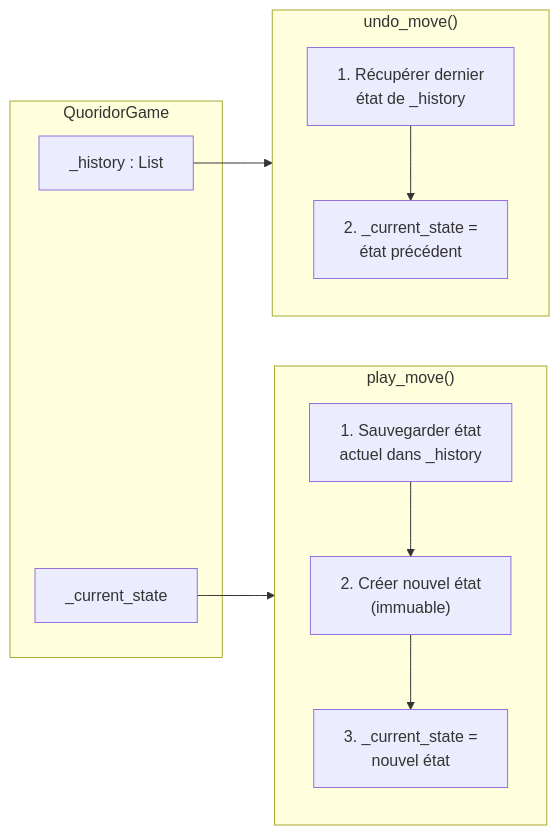
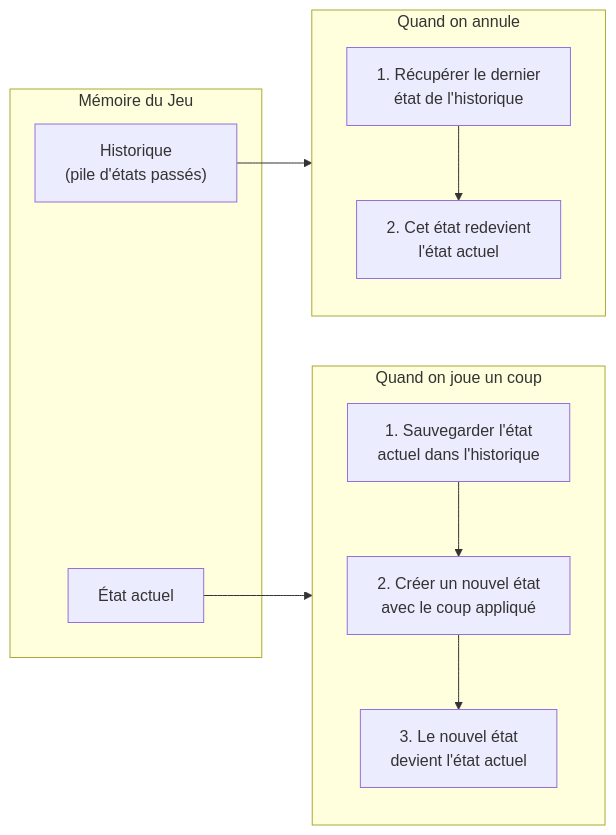
Before and after one commit to Silou1/Projet_mecatronique_I3: the second of 5 diagrams in flowcharts/04_plateau.md, drawn with Mermaid. The commit also changed other lines of this file and 3 other files, not shown here.

Commit message:
docs: simplify flowcharts with plain-language descriptions

````diff
--- a/flowcharts/04_plateau.md
+++ b/flowcharts/04_plateau.md
@@ -45,25 +49,25 @@
 ```mermaid
 flowchart LR
-    subgraph "QuoridorGame"
-        HISTORY["_history : List"]
-        CURRENT["_current_state"]
+    subgraph "Mémoire du Jeu"
+        HISTORY["Historique<br/>(pile d'états passés)"]
+        CURRENT["État actuel"]
     end
 
-    subgraph "play_move()"
+    subgraph "Quand on joue un coup"
         direction TB
-        SAVE["1. Sauvegarder état<br/>actuel dans _history"]
-        PLAY["2. Créer nouvel état<br/>(immuable)"]
-        UPDATE["3. _current_state =<br/>nouvel état"]
+        SAVE["1. Sauvegarder l'état<br/>actuel dans l'historique"]
+        PLAY["2. Créer un nouvel état<br/>avec le coup appliqué"]
+        UPDATE["3. Le nouvel état<br/>devient l'état actuel"]
         SAVE --> PLAY --> UPDATE
     end
 
-    subgraph "undo_move()"
+    subgraph "Quand on annule"
         direction TB
-        POP["1. Récupérer dernier<br/>état de _history"]
-        RESTORE["2. _current_state =<br/>état précédent"]
+        POP["1. Récupérer le dernier<br/>état de l'historique"]
+        RESTORE["2. Cet état redevient<br/>l'état actuel"]
         POP --> RESTORE
     end
 
     HISTORY --> POP
     CURRENT --> SAVE
 ```
````
